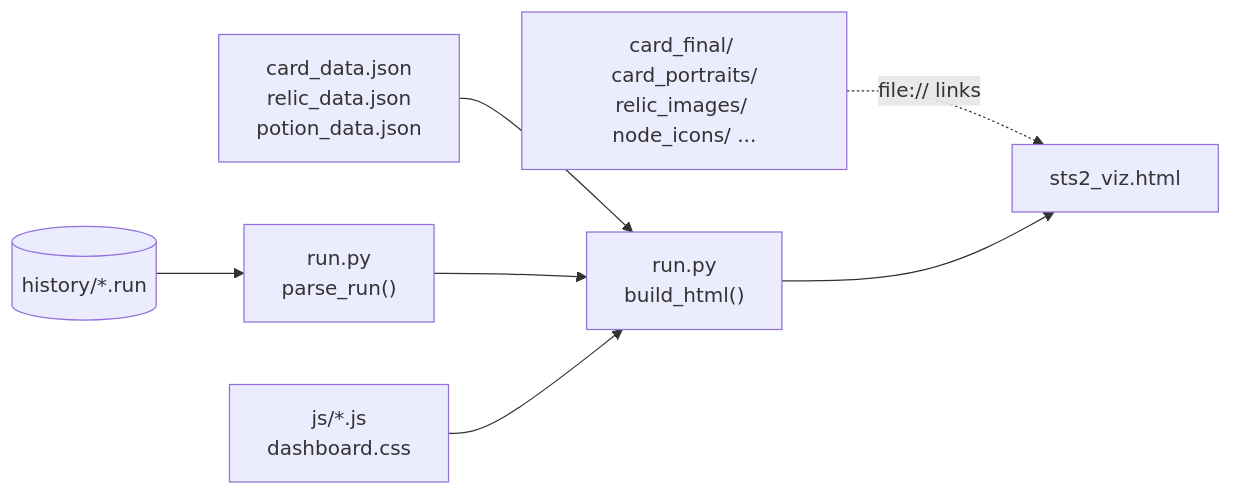
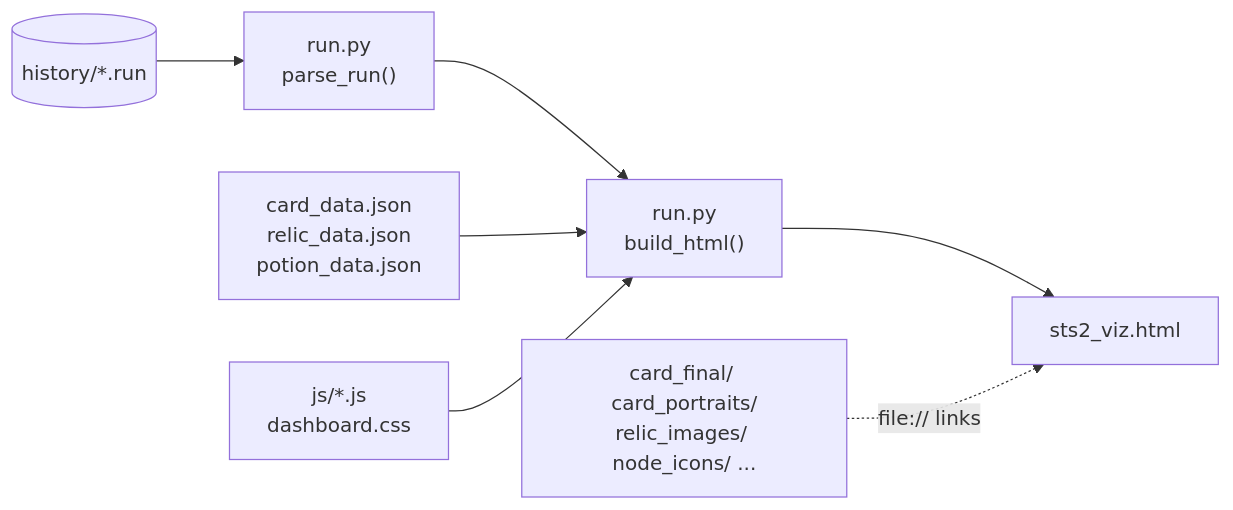
Before and after one commit to johnstonjesse329/slay-my-stats: the second of 6 diagrams in README.md, drawn with Mermaid. The commit also changed other lines of this file and 11 other files, not shown here.

First line of the commit message:
README: AWS architecture diagram, profile screenshots, cleaner charts (draft)

````diff
--- a/README.md
+++ b/README.md
@@ -68,9 +143,9 @@
 ```mermaid
 flowchart LR
     runs[("history/*.run")] --> parse["run.py<br/>parse_run()"]
+    parse --> build["run.py<br/>build_html()"]
     data["card_data.json<br/>relic_data.json<br/>potion_data.json"] --> build
-    parse --> build["run.py<br/>build_html()"]
     js["js/*.js<br/>dashboard.css"] --> build
+    build --> html["sts2_viz.html"]
     art["card_final/ card_portraits/<br/>relic_images/ node_icons/ ..."] -. "file:// links" .-> html
-    build --> html["sts2_viz.html"]
 ```
````
